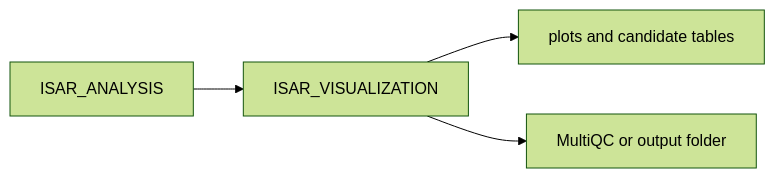
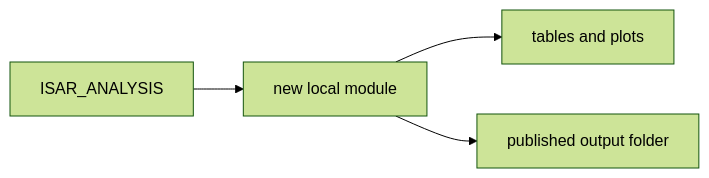
Before and after one commit to medbioinf/isoform-nf-core: the third of 3 diagrams in docs/developer/workflow_implementation_walkthrough.md, drawn with Mermaid (forest theme). The commit also changed other lines of this file and 12 other files, not shown here.

````diff
--- a/docs/developer/workflow_implementation_walkthrough.md
+++ b/docs/developer/workflow_implementation_walkthrough.md
@@ -657,6 +657,6 @@
 ```mermaid
 flowchart LR
-    A["ISAR_ANALYSIS"] --> B["ISAR_VISUALIZATION"]
-    B --> C["plots and candidate tables"]
-    B --> D["MultiQC or output folder"]
+    A["ISAR_ANALYSIS"] --> B["new local module"]
+    B --> C["tables and plots"]
+    B --> D["published output folder"]
 ```
````
